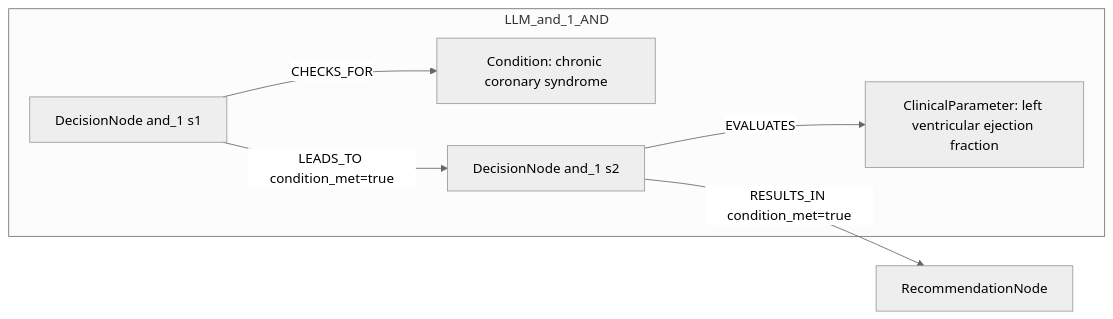
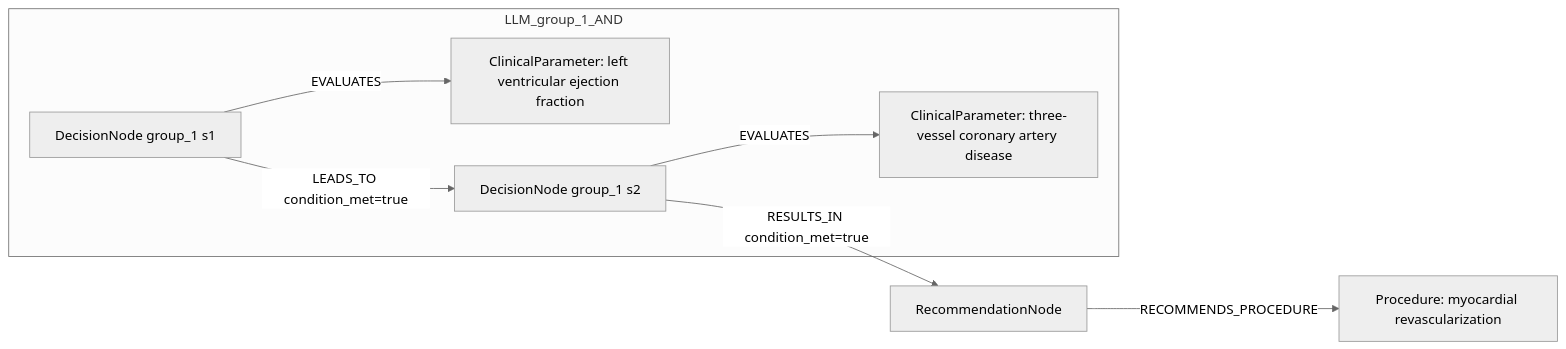
The second of 2 diagrams in docs/table22_rows_comparison/row_07.md (dieterich-lab/CardioGuidelinesGraph), drawn with Mermaid (neutral theme) before and after one commit. The commit also changed other lines of this file and 20 other files, not shown here.

````diff
--- a/docs/table22_rows_comparison/row_07.md
+++ b/docs/table22_rows_comparison/row_07.md
@@ -221,14 +323,16 @@
 ```mermaid
 graph LR
   REC[RecommendationNode]
-  subgraph LLM_and_1_AND
-    D_and_1_1[DecisionNode and_1 s1]
-    C_and_1_1[Condition: chronic coronary syndrome]
-    D_and_1_1 -->|CHECKS_FOR| C_and_1_1
-    D_and_1_2[DecisionNode and_1 s2]
-    C_and_1_2[ClinicalParameter: left ventricular ejection fraction]
-    D_and_1_2 -->|EVALUATES| C_and_1_2
-    D_and_1_1 -->|LEADS_TO condition_met=true| D_and_1_2
+  ACT1[Procedure: myocardial revascularization]
+  REC -->|RECOMMENDS_PROCEDURE| ACT1
+  subgraph LLM_group_1_AND
+    D_group_1_1[DecisionNode group_1 s1]
+    C_group_1_1[ClinicalParameter: left ventricular ejection fraction]
+    D_group_1_1 -->|EVALUATES| C_group_1_1
+    D_group_1_2[DecisionNode group_1 s2]
+    C_group_1_2[ClinicalParameter: three-vessel coronary artery disease]
+    D_group_1_2 -->|EVALUATES| C_group_1_2
+    D_group_1_1 -->|LEADS_TO condition_met=true| D_group_1_2
   end
-  D_and_1_2 -->|RESULTS_IN condition_met=true| REC
+  D_group_1_2 -->|RESULTS_IN condition_met=true| REC
 ```
````
